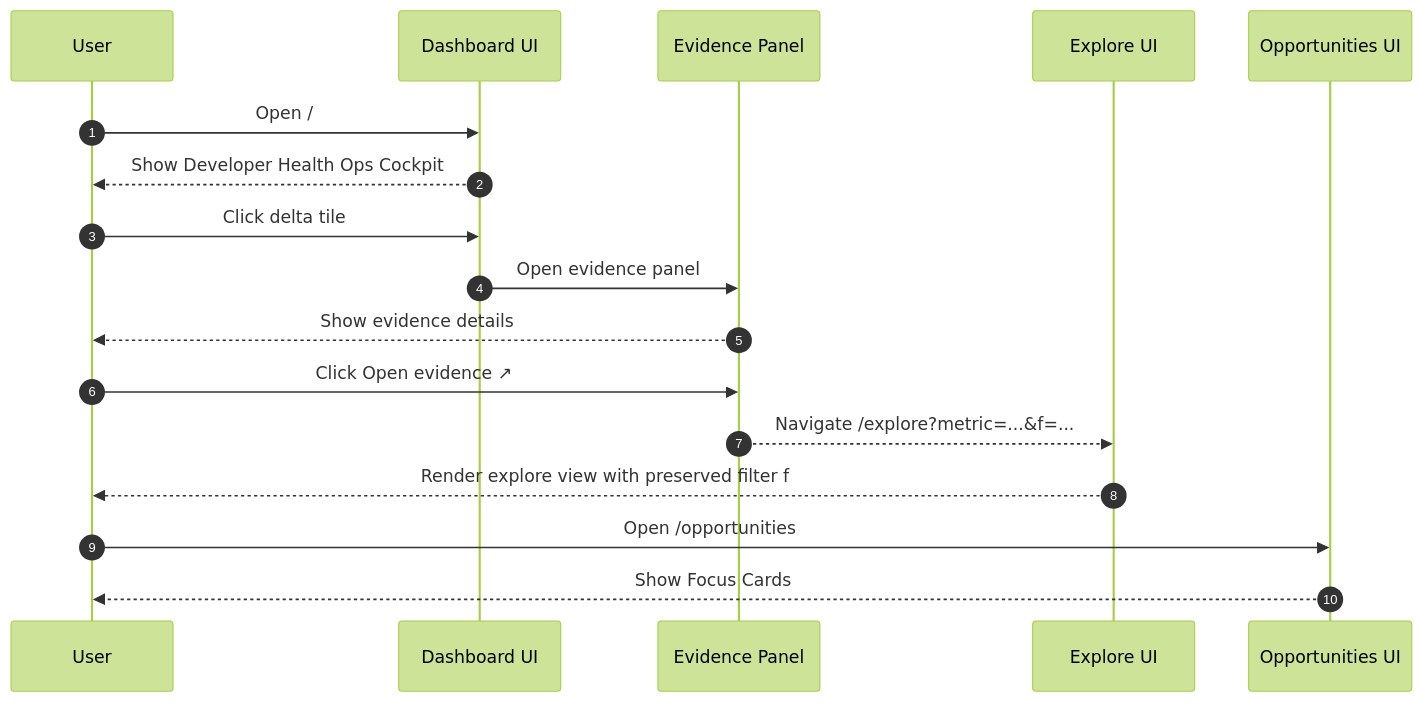
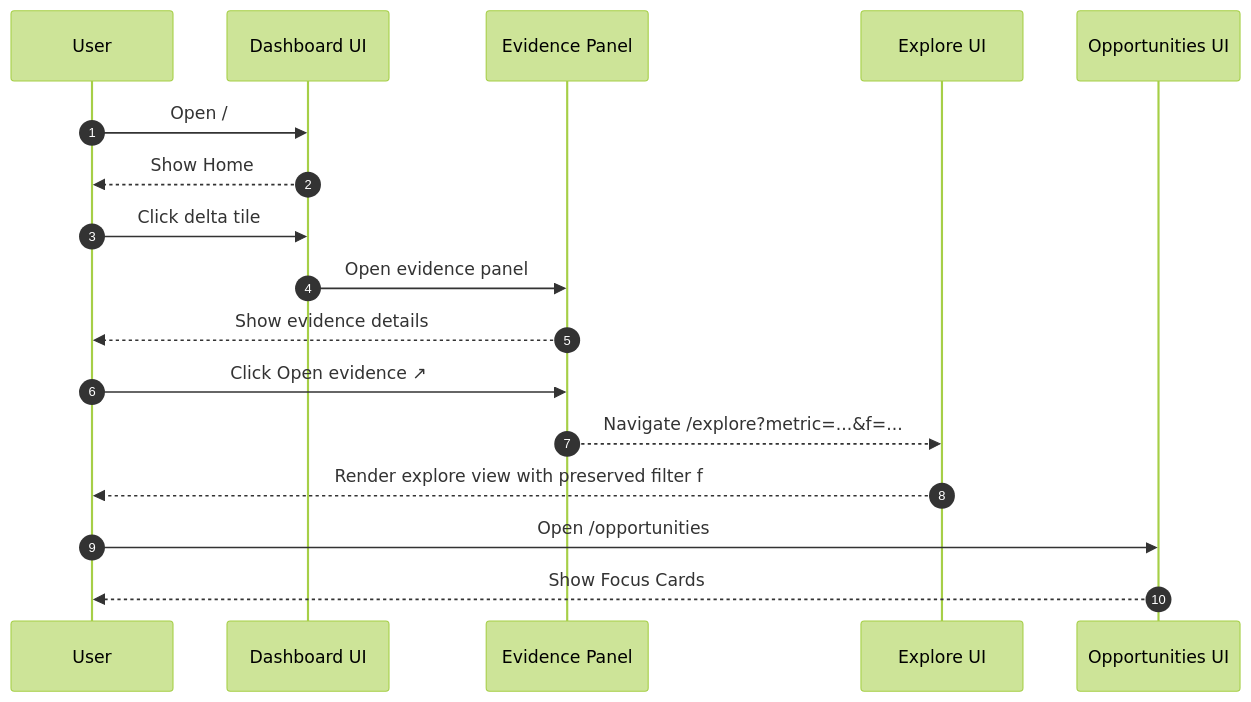
One commit to full-chaos/dev-health-web changed the first of 7 diagrams in docs/testing/e2e-specs/account-user.md. Above: the diagram before and after it, drawn with Mermaid (forest theme). The commit also changed other lines of this file and 38 other files, not shown here.

Commit message:
feat(ui): CHAOS-7740 rename Cockpit to Home in visible text, tests and docs

````diff
--- a/docs/testing/e2e-specs/account-user.md
+++ b/docs/testing/e2e-specs/account-user.md
@@ -28,19 +28,19 @@
 ```mermaid
 sequenceDiagram
     autonumber
     participant U as User
     participant D as Dashboard UI
     participant EP as Evidence Panel
     participant EX as Explore UI
     participant OP as Opportunities UI
     U->>D: Open /
-    D-->>U: Show Developer Health Ops Cockpit
+    D-->>U: Show Home
     U->>D: Click delta tile
     D->>EP: Open evidence panel
     EP-->>U: Show evidence details
     U->>EP: Click Open evidence ↗
     EP-->>EX: Navigate /explore?metric=...&f=...
     EX-->>U: Render explore view with preserved filter f
     U->>OP: Open /opportunities
     OP-->>U: Show Focus Cards
 ```
````
